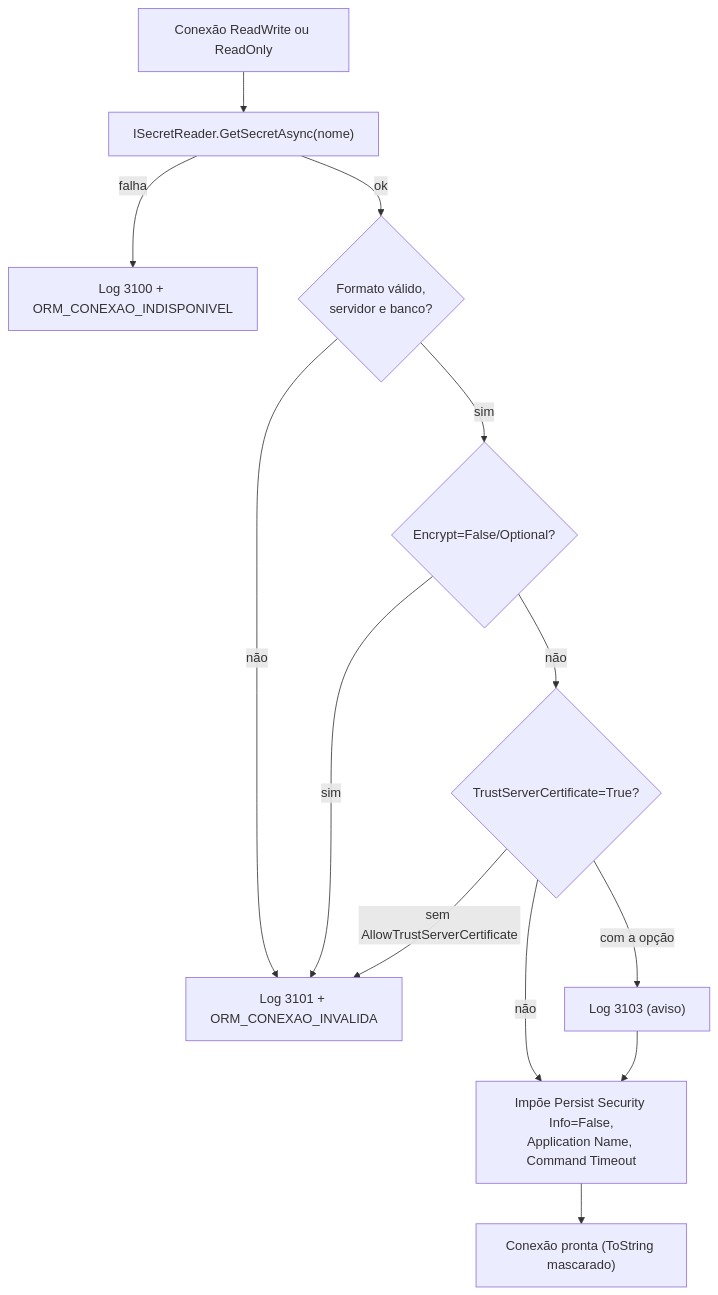
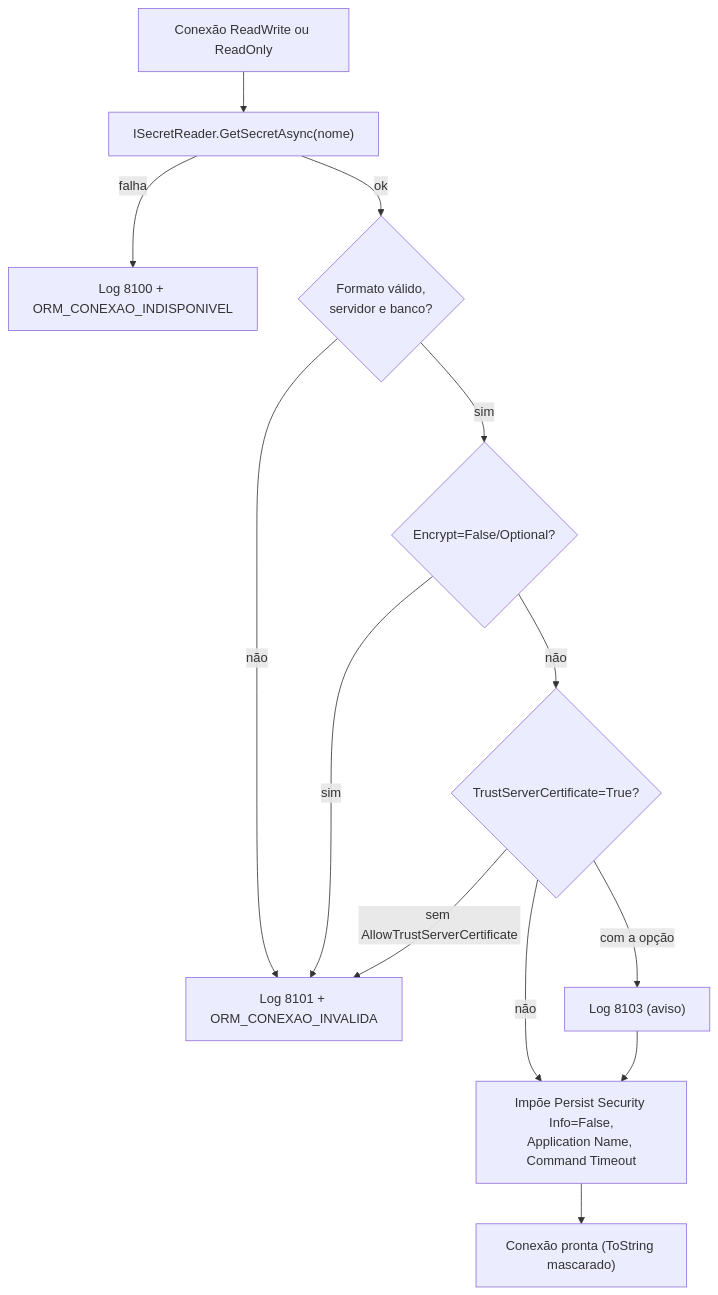
Before and after one commit to tudoemcodigo/lib-tec-orm: the second of 2 diagrams in docs/sqlserver.md, drawn with Mermaid. The commit also changed other lines of this file and 27 other files, not shown here.

````diff
--- a/docs/sqlserver.md
+++ b/docs/sqlserver.md
@@ -157,15 +157,15 @@
 ```mermaid
 flowchart TD
     A["Conexão ReadWrite ou ReadOnly"] --> B["ISecretReader.GetSecretAsync(nome)"]
-    B -- falha --> E1["Log 3100 + ORM_CONEXAO_INDISPONIVEL"]
+    B -- falha --> E1["Log 8100 + ORM_CONEXAO_INDISPONIVEL"]
     B -- ok --> C{"Formato válido,<br/>servidor e banco?"}
-    C -- não --> E2["Log 3101 + ORM_CONEXAO_INVALIDA"]
+    C -- não --> E2["Log 8101 + ORM_CONEXAO_INVALIDA"]
     C -- sim --> F{"Encrypt=False/Optional?"}
     F -- sim --> E2
     F -- não --> G{"TrustServerCertificate=True?"}
     G -->|"sem AllowTrustServerCertificate"| E2
-    G -->|"com a opção"| W["Log 3103 (aviso)"]
+    G -->|"com a opção"| W["Log 8103 (aviso)"]
     G -- não --> H["Impõe Persist Security Info=False,<br/>Application Name, Command Timeout"]
     W --> H
     H --> K["Conexão pronta (ToString mascarado)"]
 ```
````
